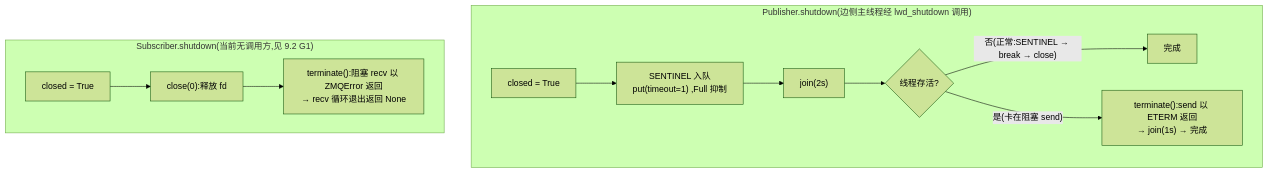
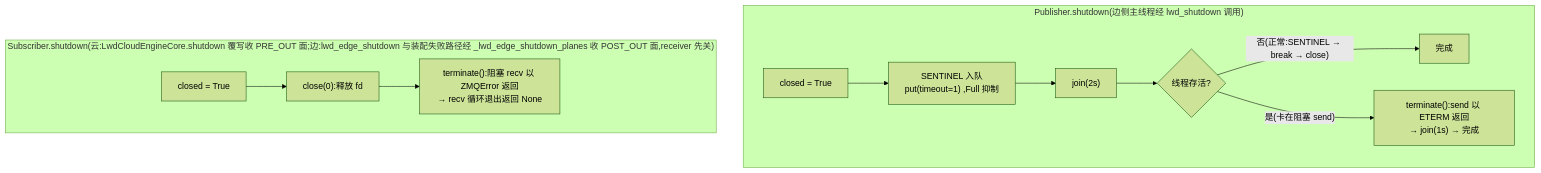
Before and after one commit to Chloe-orz/vllm-23.0: the third of 5 diagrams in docs/refactor/lwd_control_communication_design.md, drawn with Mermaid (forest theme). The commit also changed other lines of this file and 2 other files, not shown here.

First line of the commit message:
refactor(lwd_cloud_scheduler): 重构云调度器门控逻辑与通信协议

````diff
--- a/docs/refactor/lwd_control_communication_design.md
+++ b/docs/refactor/lwd_control_communication_design.md
@@ -221,14 +260,14 @@
 ```mermaid
 flowchart TD
     subgraph PUB["Publisher.shutdown(边侧主线程经 lwd_shutdown 调用)"]
         P1["closed = True"] --> P2["SENTINEL 入队<br>put(timeout=1) ,Full 抑制"]
         P2 --> P3["join(2s)"]
         P3 --> P4{"线程存活?"}
         P4 -- "否(正常:SENTINEL → break → close)" --> P6["完成"]
         P4 -- "是(卡在阻塞 send)" --> P5["terminate():send 以 ETERM 返回<br>→ join(1s) → 完成"]
     end
-    subgraph SUB["Subscriber.shutdown(当前无调用方,见 9.2 G1)"]
+    subgraph SUB["Subscriber.shutdown(云:LwdCloudEngineCore.shutdown 覆写收 PRE_OUT 面;边:lwd_edge_shutdown 与装配失败路径经 _lwd_edge_shutdown_planes 收 POST_OUT 面,receiver 先关)"]
         S1["closed = True"] --> S2["close(0):释放 fd"]
         S2 --> S3["terminate():阻塞 recv 以 ZMQError 返回<br>→ recv 循环退出返回 None"]
     end
 ```
````
